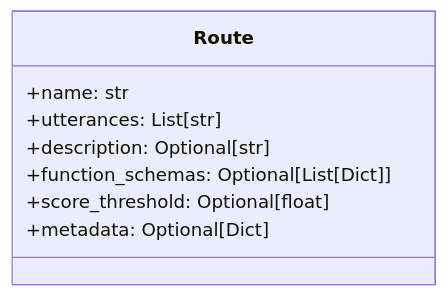
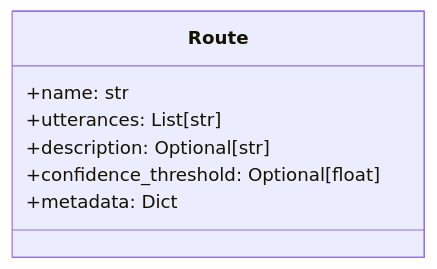
The third of 7 diagrams in semantic-router/v1/user-guide/concepts/architecture.mdx (aurelio-labs/docs), drawn with Mermaid before and after one commit. The commit also changed other lines of this file and 63 other files, not shown here.

````diff
--- a/semantic-router/v1/user-guide/concepts/architecture.mdx
+++ b/semantic-router/v1/user-guide/concepts/architecture.mdx
@@ -54,11 +52,10 @@
 ```mermaid
 classDiagram
     class Route {
         +name: str
         +utterances: List[str]
         +description: Optional[str]
-        +function_schemas: Optional[List[Dict]]
-        +score_threshold: Optional[float]
-        +metadata: Optional[Dict]
+        +confidence_threshold: Optional[float]
+        +metadata: Dict
     }
 ```
````
